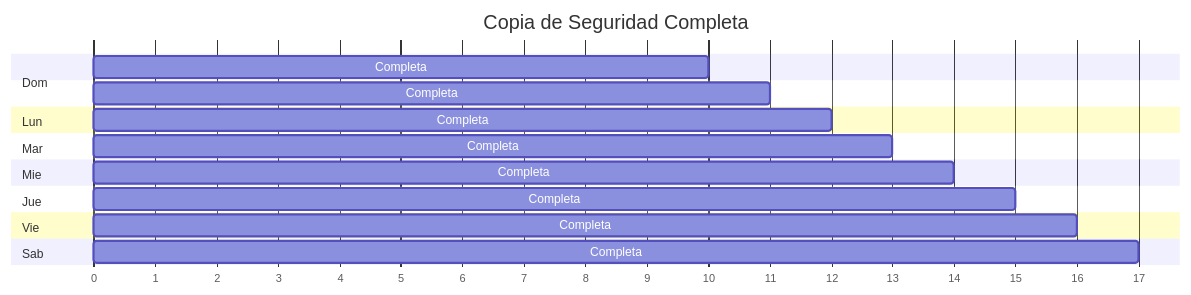
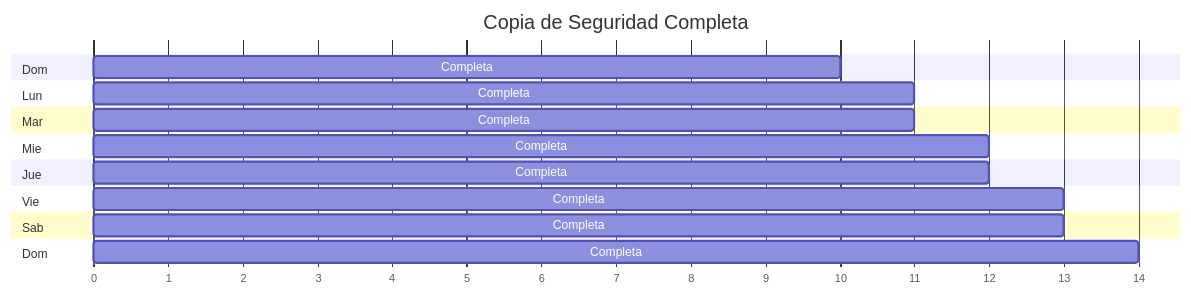
Before and after one commit to laralbir/bigdata-ia: the tenth of 12 diagrams in clases/big_data_aplicado/anotaciones/almacenamiento_masivo_datos.md, drawn with Mermaid. The commit also changed other lines of this file, not shown here.

Commit message:
fix(big_data_aplicado): añadir espacio a las secciones repetidas en gantt para evitar solapamientos

````diff
--- a/clases/big_data_aplicado/anotaciones/almacenamiento_masivo_datos.md
+++ b/clases/big_data_aplicado/anotaciones/almacenamiento_masivo_datos.md
@@ -607,23 +607,23 @@
 ```mermaid
 gantt
     title Copia de Seguridad Completa
     dateFormat X
     axisFormat %s
     
     section Dom
     Completa :0, 10
     section Lun
     Completa :0, 11
     section Mar
+    Completa :0, 11
+    section Mie
     Completa :0, 12
-    section Mie
+    section Jue
+    Completa :0, 12
+    section Vie
     Completa :0, 13
-    section Jue
+    section Sab
+    Completa :0, 13
+    section Dom 
     Completa :0, 14
-    section Vie
-    Completa :0, 15
-    section Sab
-    Completa :0, 16
-    section Dom
-    Completa :0, 17
 ```
````
